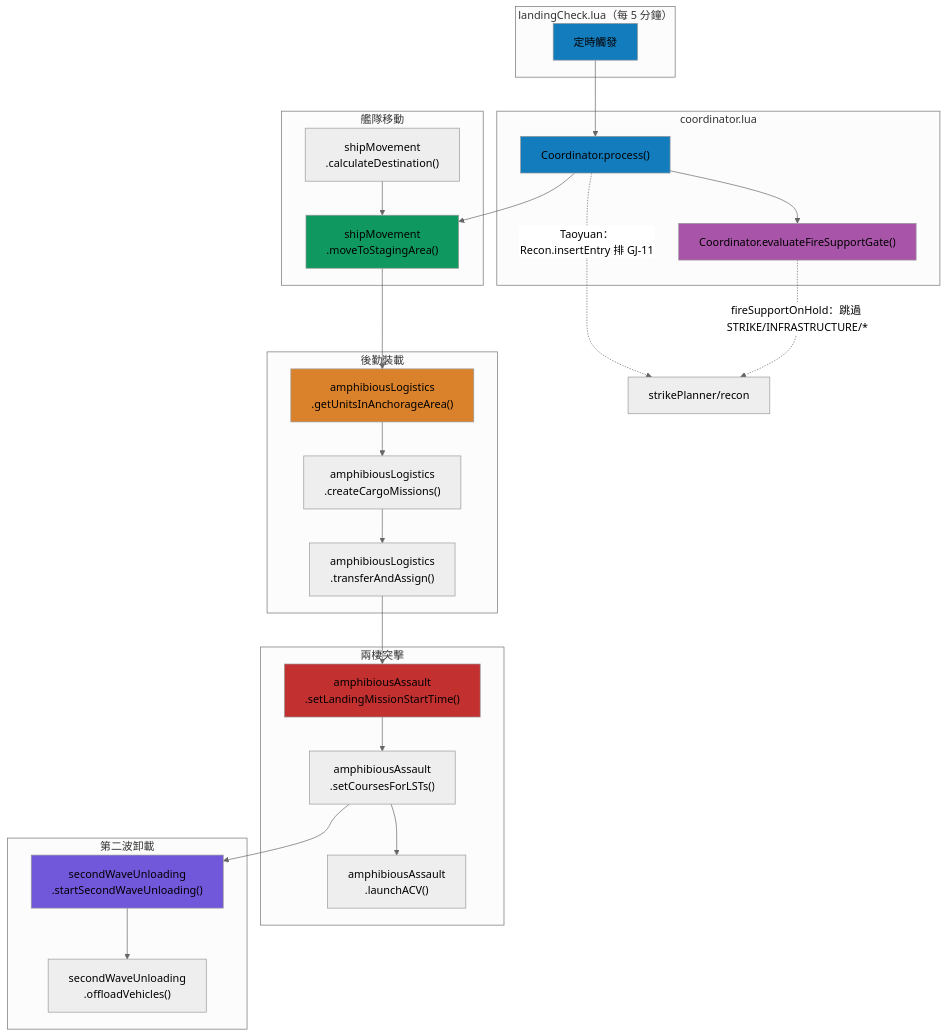
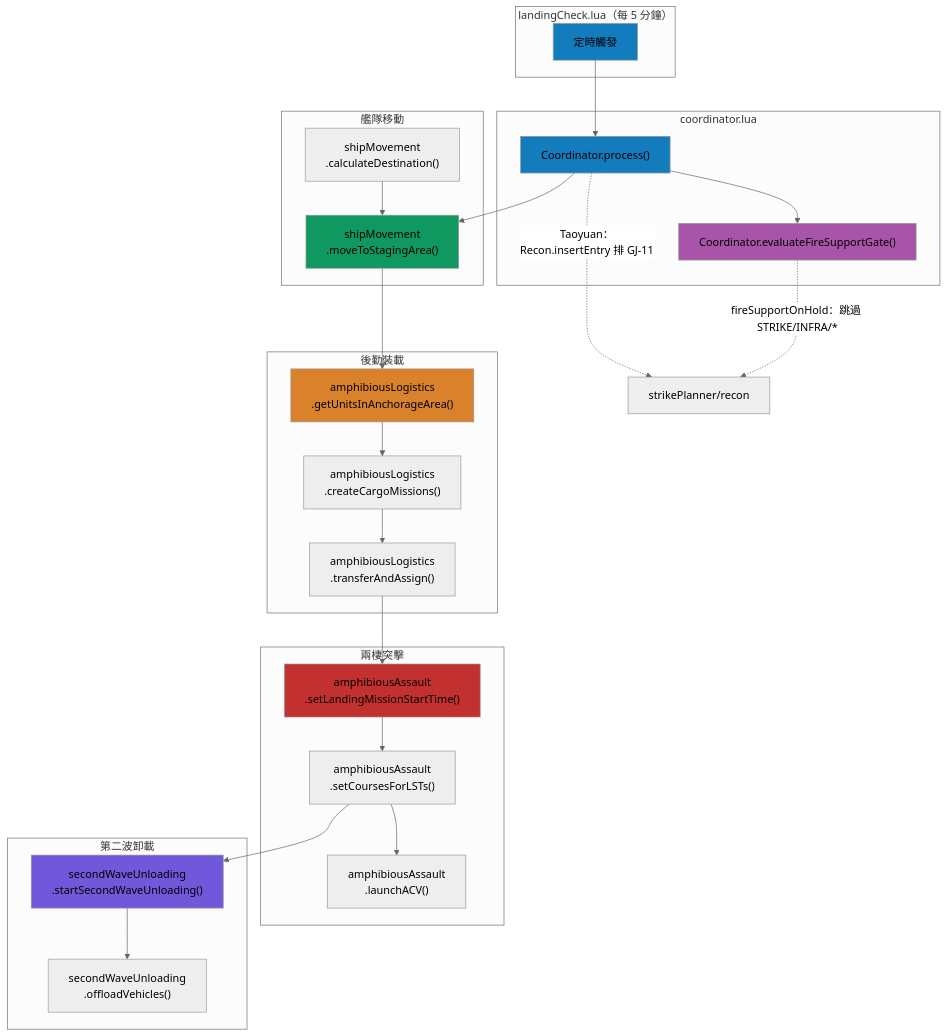
Before and after one commit to pullupjumper/formosa-in-flames: the first of 3 diagrams in docs/landingOps/README.md, drawn with Mermaid (neutral theme). The commit also changed 13 other files, not shown here.

````diff
--- a/docs/landingOps/README.md
+++ b/docs/landingOps/README.md
@@ -43,53 +43,53 @@
 ```mermaid
 flowchart TB
     subgraph 觸發器["landingCheck.lua（每 5 分鐘）"]
         TRIGGER[定時觸發]
     end
 
     subgraph 編排層["coordinator.lua"]
         COORD["Coordinator.process()"]
         GATE["Coordinator.evaluateFireSupportGate()"]
     end
 
     subgraph 階段一["艦隊移動"]
         SM["shipMovement<br>.moveToStagingArea()"]
         CALC["shipMovement<br>.calculateDestination()"]
     end
 
     subgraph 階段二["後勤裝載"]
         AL_GET["amphibiousLogistics<br>.getUnitsInAnchorageArea()"]
         AL_CREATE["amphibiousLogistics<br>.createCargoMissions()"]
         AL_TRANSFER["amphibiousLogistics<br>.transferAndAssign()"]
     end
 
     subgraph 階段三["兩棲突擊"]
         AA_TIME["amphibiousAssault<br>.setLandingMissionStartTime()"]
         AA_COURSE["amphibiousAssault<br>.setCoursesForLSTs()"]
         AA_ACV["amphibiousAssault<br>.launchACV()"]
     end
 
     subgraph 階段四["第二波卸載"]
         SW_START["secondWaveUnloading<br>.startSecondWaveUnloading()"]
         SW_OFFLOAD["secondWaveUnloading<br>.offloadVehicles()"]
     end
 
     TRIGGER --> COORD
     COORD --> SM
     CALC --> SM
     SM --> AL_GET
     AL_GET --> AL_CREATE --> AL_TRANSFER
     AL_TRANSFER --> AA_TIME --> AA_COURSE
     AA_COURSE --> AA_ACV
     AA_COURSE --> SW_START --> SW_OFFLOAD
     COORD --> GATE
     COORD -.->|Taoyuan：Recon.insertEntry 排 GJ-11| RECON["strikePlanner/recon"]
-    GATE -.->|fireSupportOnHold：跳過 STRIKE/INFRASTRUCTURE/*| RECON
+    GATE -.->|fireSupportOnHold：跳過 STRIKE/INFRA/*| RECON
 
     style TRIGGER fill:#137cbd
     style COORD fill:#137cbd
     style GATE fill:#a854a8
     style SM fill:#0f9960
     style AL_GET fill:#d9822b
     style AA_TIME fill:#c23030
     style SW_START fill:#7157d9
 ```
````
